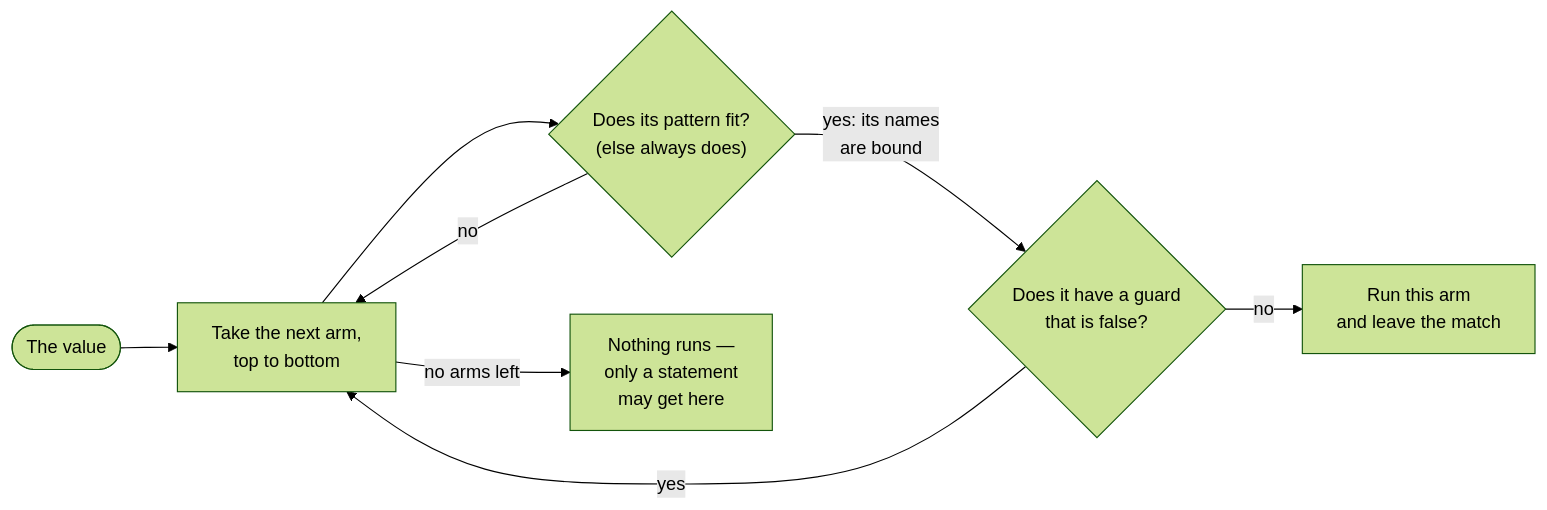
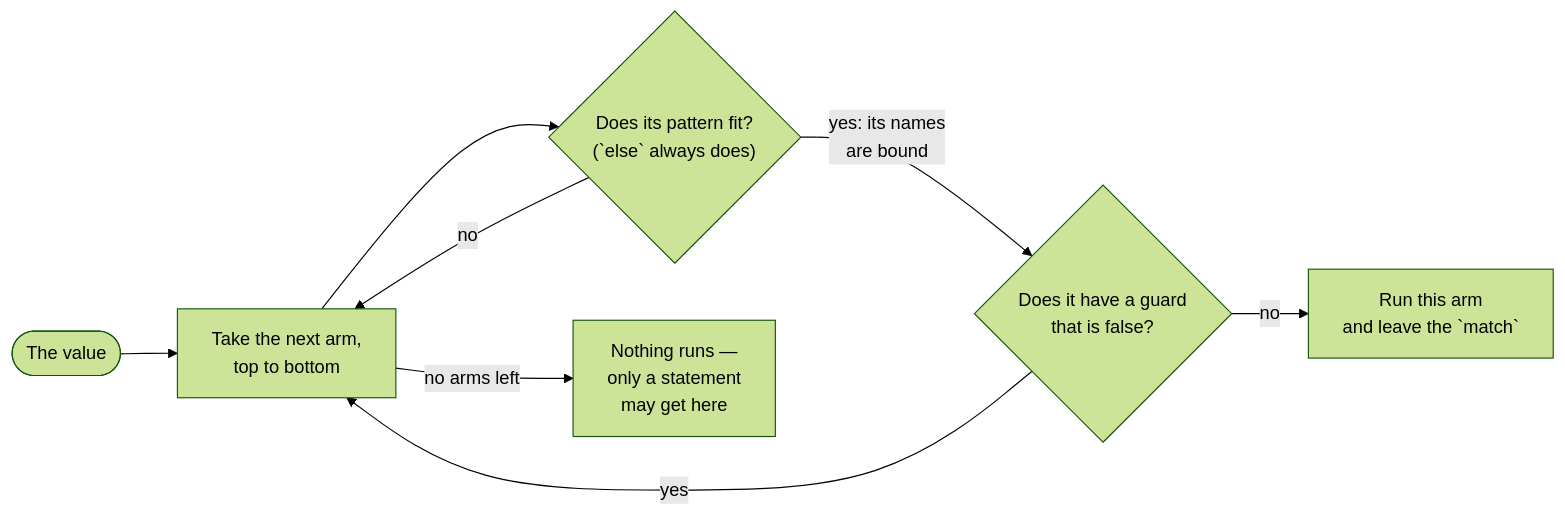
One commit to rux-lang/Web changed the diagram in content/docs/1.learn/07.patterns/00.index.md. Above: the diagram before and after it, drawn with Mermaid (forest theme). The commit also changed 187 other files, not shown here.

First line of the commit message:
Draw the Learn diagrams for phones, with code in the mono face

````diff
--- a/content/docs/1.learn/07.patterns/00.index.md
+++ b/content/docs/1.learn/07.patterns/00.index.md
@@ -26,10 +26,10 @@
 ```mermaid
 flowchart LR
     v(["The value"]) --> arm["Take the next arm,<br/>top to bottom"]
-    arm --> p{"Does its pattern fit?<br/>(else always does)"}
+    arm --> p{"Does its pattern fit?<br/>(`else` always does)"}
     p -- "no" --> arm
     p -- "yes: its names<br/>are bound" --> g{"Does it have a guard<br/>that is false?"}
     g -- "yes" --> arm
-    g -- "no" --> run["Run this arm<br/>and leave the match"]
+    g -- "no" --> run["Run this arm<br/>and leave the `match`"]
     arm -- "no arms left" --> skip["Nothing runs —<br/>only a statement<br/>may get here"]
 ```
````
